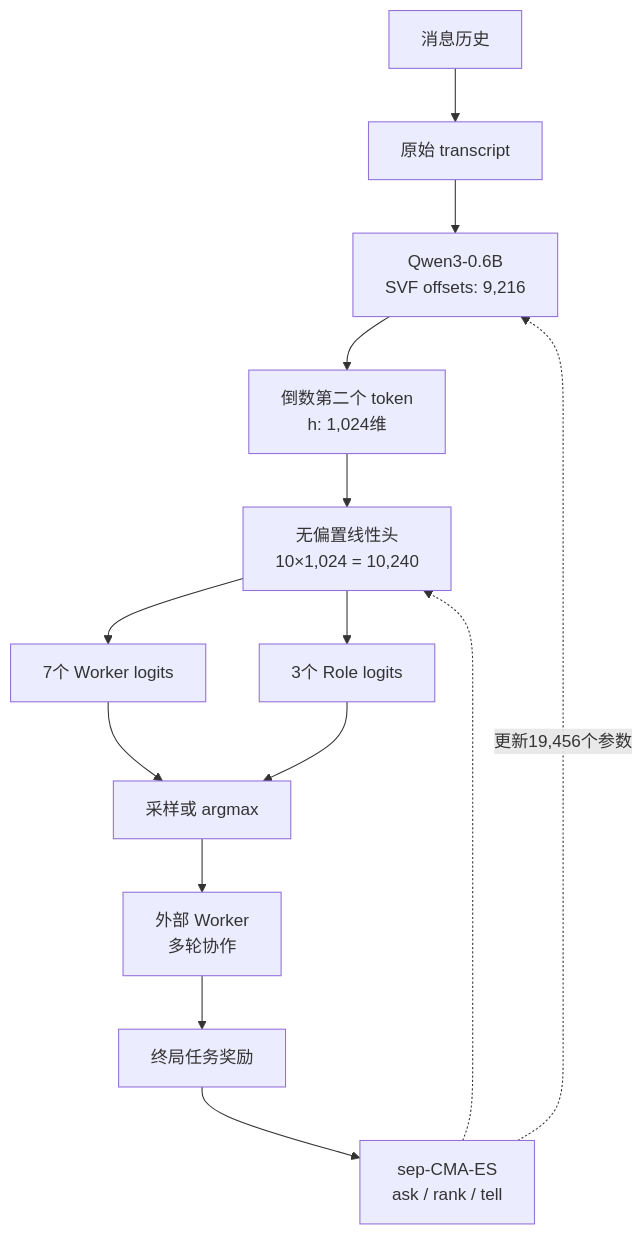
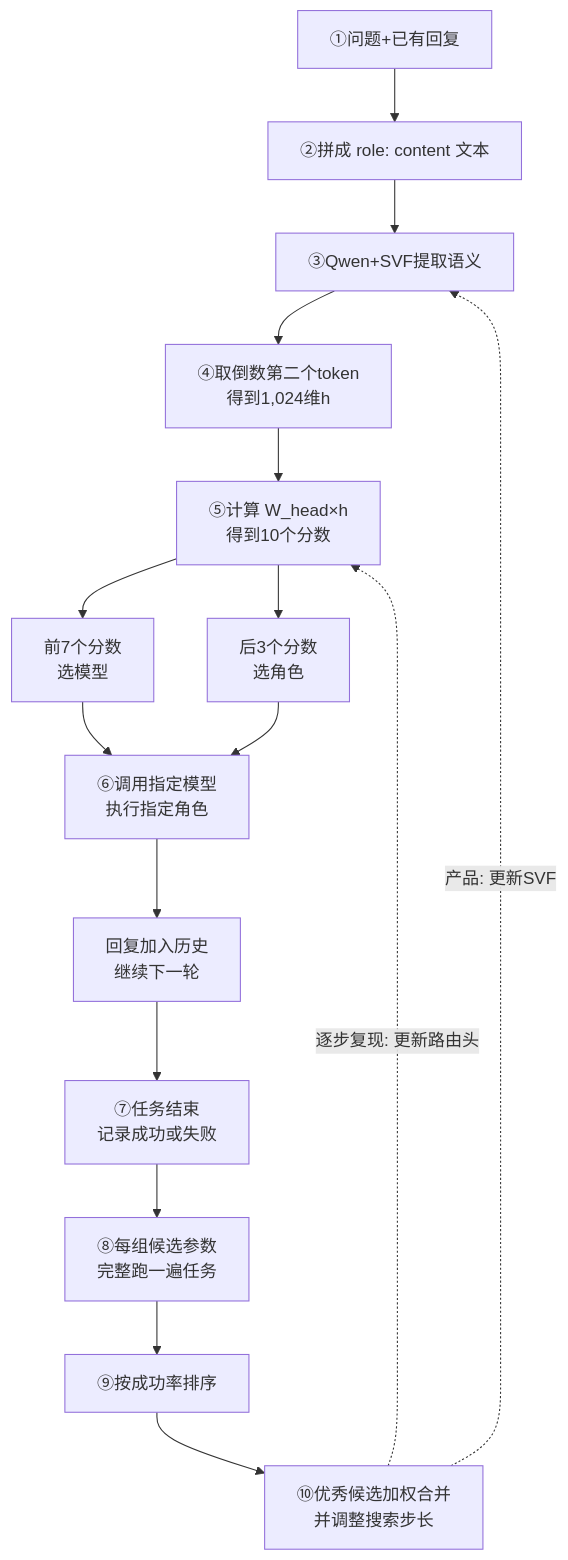
Before and after one commit to jikongabc/retail-multimodal-inspection: the diagram in submission/analysis/openfugu_mechanism.md, drawn with Mermaid. The commit also changed other lines of this file and 3 other files, not shown here.

````diff
--- a/submission/analysis/openfugu_mechanism.md
+++ b/submission/analysis/openfugu_mechanism.md
@@ -3,15 +5,17 @@
 ```mermaid
 flowchart TD
-    A[消息历史] --> B[原始 transcript]
-    B --> C[Qwen3-0.6B<br/>SVF offsets: 9,216]
-    C --> D[倒数第二个 token<br/>h: 1,024维]
-    D --> E[无偏置线性头<br/>10×1,024 = 10,240]
-    E --> F[7个 Worker logits]
-    E --> G[3个 Role logits]
-    F & G --> H[采样或 argmax]
-    H --> I[外部 Worker<br/>多轮协作]
-    I --> J[终局任务奖励]
-    J --> K[sep-CMA-ES<br/>ask / rank / tell]
-    K -. 更新19,456个参数 .-> C
-    K -.-> E
+    A[①问题+已有回复] --> B[②拼成 role: content 文本]
+    B --> C[③Qwen+SVF提取语义]
+    C --> D[④取倒数第二个token<br/>得到1,024维h]
+    D --> E[⑤计算 W_head×h<br/>得到10个分数]
+    E --> F[前7个分数<br/>选模型]
+    E --> G[后3个分数<br/>选角色]
+    F & G --> H[⑥调用指定模型<br/>执行指定角色]
+    H --> I[回复加入历史<br/>继续下一轮]
+    I --> J[⑦任务结束<br/>记录成功或失败]
+    J --> K[⑧每组候选参数<br/>完整跑一遍任务]
+    K --> L[⑨按成功率排序]
+    L --> M[⑩优秀候选加权合并<br/>并调整搜索步长]
+    M -.产品: 更新SVF.-> C
+    M -.逐步复现: 更新路由头.-> E
 ```
````
